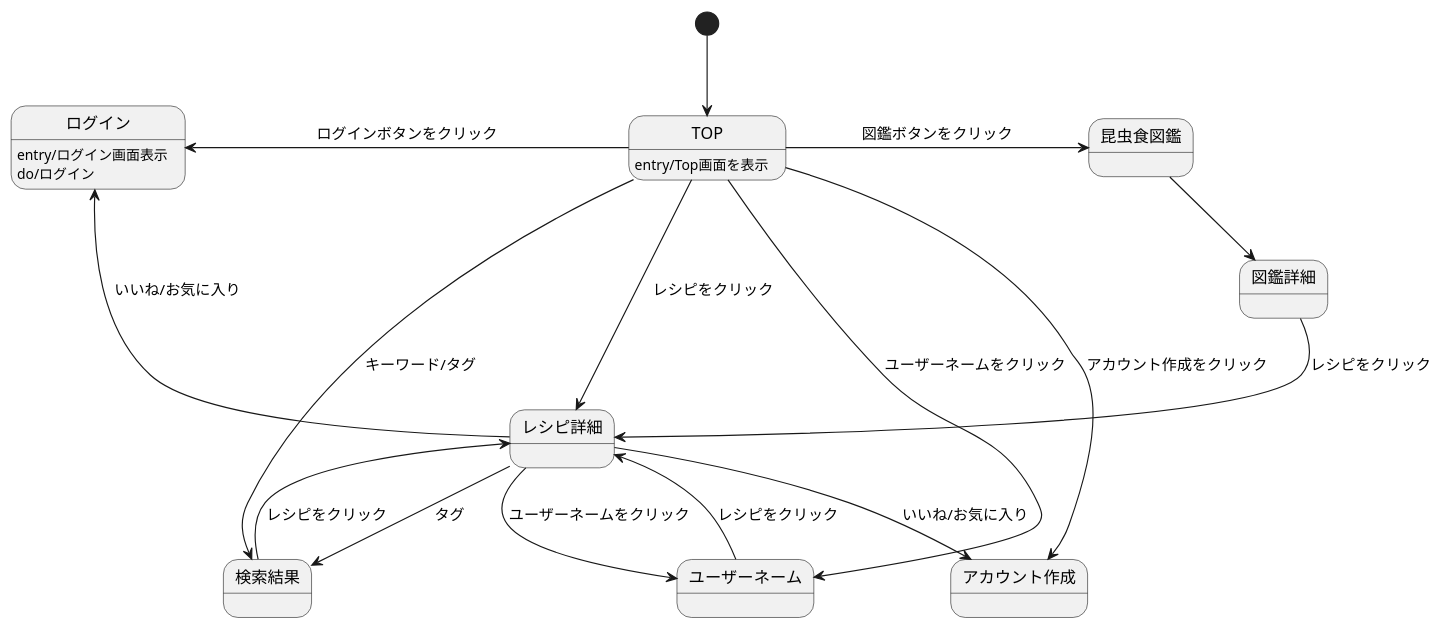
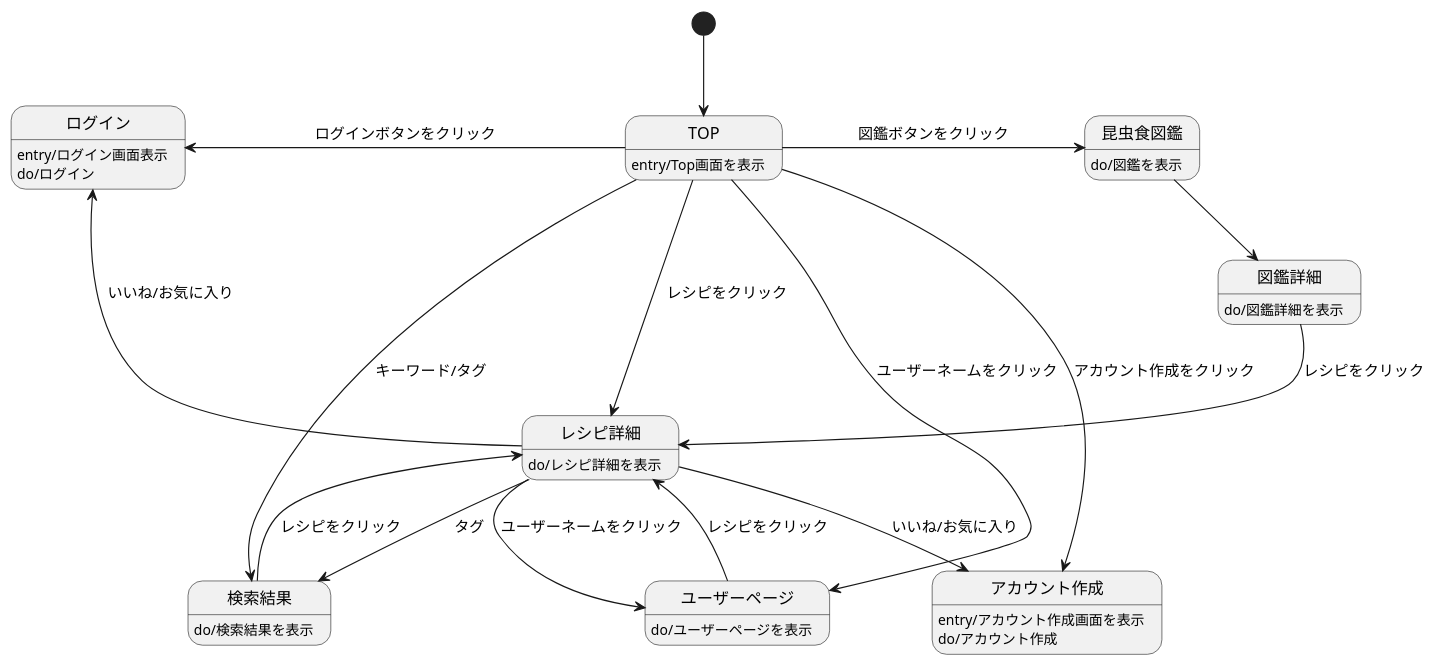
One commit to ASO2001040/bugbug-design changed the diagram in ScreenTransitionDiagram.md. Above: the diagram before and after it, drawn with PlantUML.

````diff
--- a/ScreenTransitionDiagram.md
+++ b/ScreenTransitionDiagram.md
@@ -1,23 +1,30 @@
 ```uml
 @startuml
 [*]-->TOP
 
 TOP : entry/Top画面を表示
 TOP-left->ログイン: ログインボタンをクリック
 TOP->アカウント作成: アカウント作成をクリック
 TOP->昆虫食図鑑: 図鑑ボタンをクリック
-TOP->ユーザーネーム: ユーザーネームをクリック
+TOP->ユーザーページ: ユーザーネームをクリック
 TOP->レシピ詳細: レシピをクリック
 TOP->検索結果: キーワード/タグ
-ユーザーネーム-->レシピ詳細: レシピをクリック
-レシピ詳細-->ユーザーネーム: ユーザーネームをクリック
+ユーザーページ-->レシピ詳細: レシピをクリック
+レシピ詳細-->ユーザーページ: ユーザーネームをクリック
 レシピ詳細-->検索結果: タグ
 レシピ詳細-->アカウント作成: いいね/お気に入り
 レシピ詳細->ログイン: いいね/お気に入り
 検索結果-->レシピ詳細: レシピをクリック
 昆虫食図鑑-->図鑑詳細
 図鑑詳細-->レシピ詳細: レシピをクリック
 ログイン: entry/ログイン画面表示
 ログイン : do/ログイン
+検索結果: do/検索結果を表示
+ユーザーページ: do/ユーザーページを表示
+レシピ詳細: do/レシピ詳細を表示
+アカウント作成: entry/アカウント作成画面を表示
+アカウント作成: do/アカウント作成
+昆虫食図鑑: do/図鑑を表示
+図鑑詳細: do/図鑑詳細を表示
 @enduml
 ```
````
